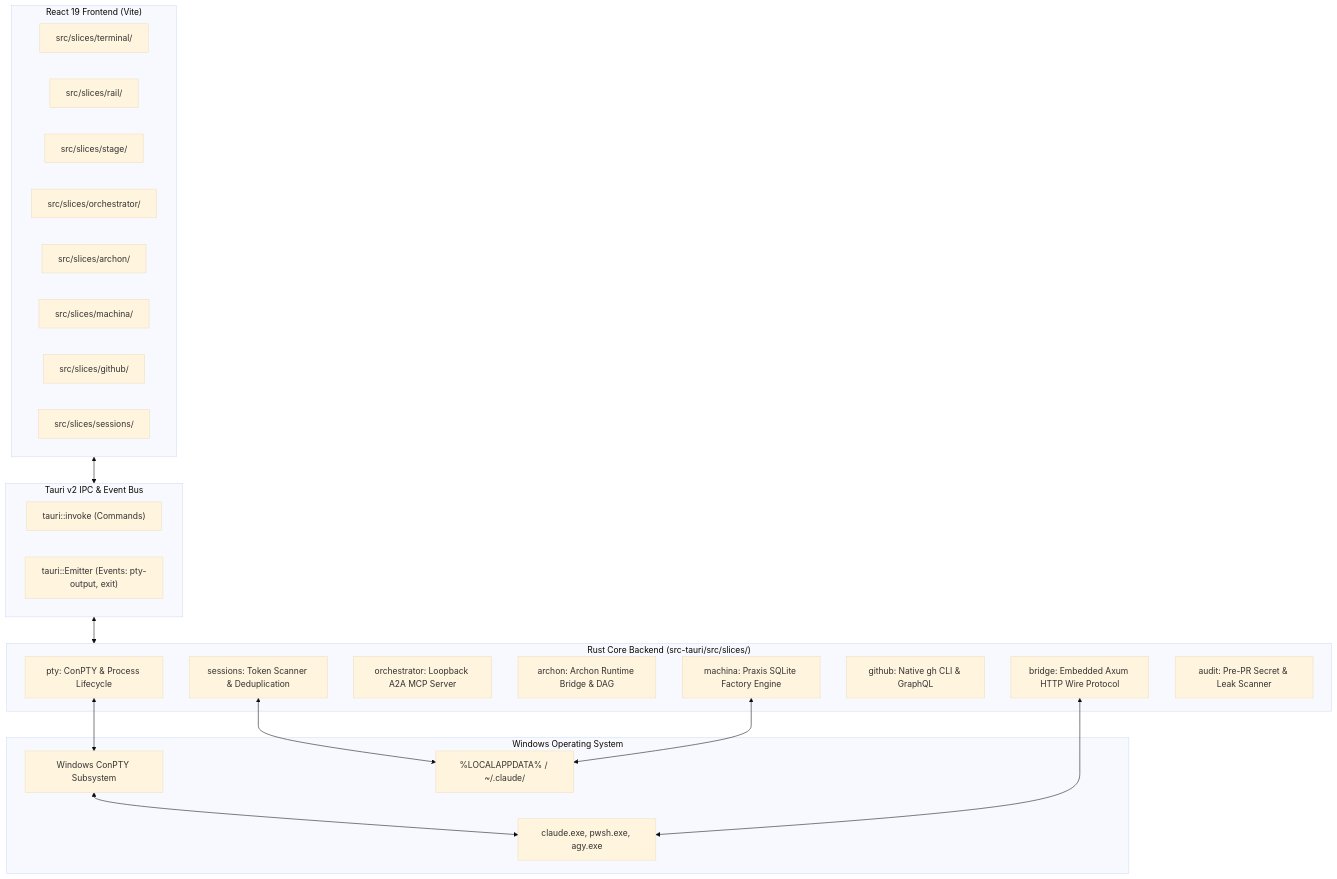
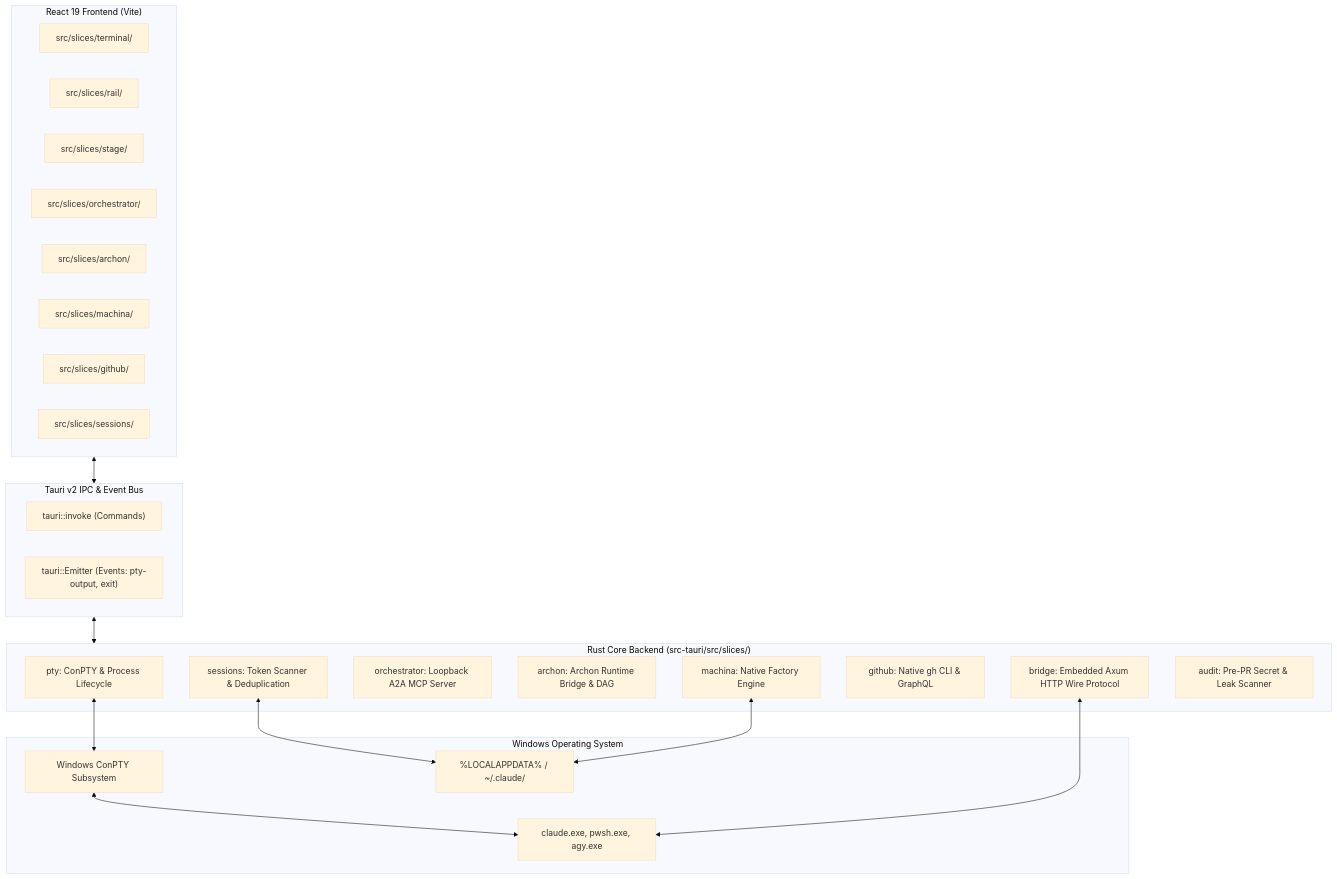
Before and after one commit to seanrobertwright/Quay-2: the diagram in docs/guide/architecture.md, drawn with Mermaid (base theme). The commit also changed other lines of this file and 13 other files, not shown here.

First line of the commit message:
Rename Machina Praxis to Machina in Quay's UI and docs

````diff
--- a/docs/guide/architecture.md
+++ b/docs/guide/architecture.md
@@ -9,43 +9,43 @@
 ```mermaid
 graph TB
     subgraph Frontend["React 19 Frontend (Vite)"]
         TerminalSlice["src/slices/terminal/"]
         RailSlice["src/slices/rail/"]
         StageSlice["src/slices/stage/"]
         A2ASlice["src/slices/orchestrator/"]
         ArchonSlice["src/slices/archon/"]
         MachinaSlice["src/slices/machina/"]
         GithubSlice["src/slices/github/"]
         SessionSlice["src/slices/sessions/"]
     end
 
     subgraph IPC["Tauri v2 IPC & Event Bus"]
         Commands["tauri::invoke (Commands)"]
         Events["tauri::Emitter (Events: pty-output, exit)"]
     end
 
     subgraph Backend["Rust Core Backend (src-tauri/src/slices/)"]
         PTYSlice["pty: ConPTY & Process Lifecycle"]
         BridgeSlice["bridge: Embedded Axum HTTP Wire Protocol"]
         OrchSlice["orchestrator: Loopback A2A MCP Server"]
         ArchonB["archon: Archon Runtime Bridge & DAG"]
-        MachinaB["machina: Praxis SQLite Factory Engine"]
+        MachinaB["machina: Native Factory Engine"]
         GithubB["github: Native gh CLI & GraphQL"]
         SessionB["sessions: Token Scanner & Deduplication"]
         AuditB["audit: Pre-PR Secret & Leak Scanner"]
     end
 
     subgraph OS["Windows Operating System"]
         ConPTY["Windows ConPTY Subsystem"]
         Processes["claude.exe, pwsh.exe, agy.exe"]
         FS["%LOCALAPPDATA% / ~/.claude/"]
     end
 
     Frontend <--> IPC
     IPC <--> Backend
     PTYSlice <--> ConPTY
     ConPTY <--> Processes
     BridgeSlice <--> Processes
     SessionB <--> FS
     MachinaB <--> FS
 ```
````
